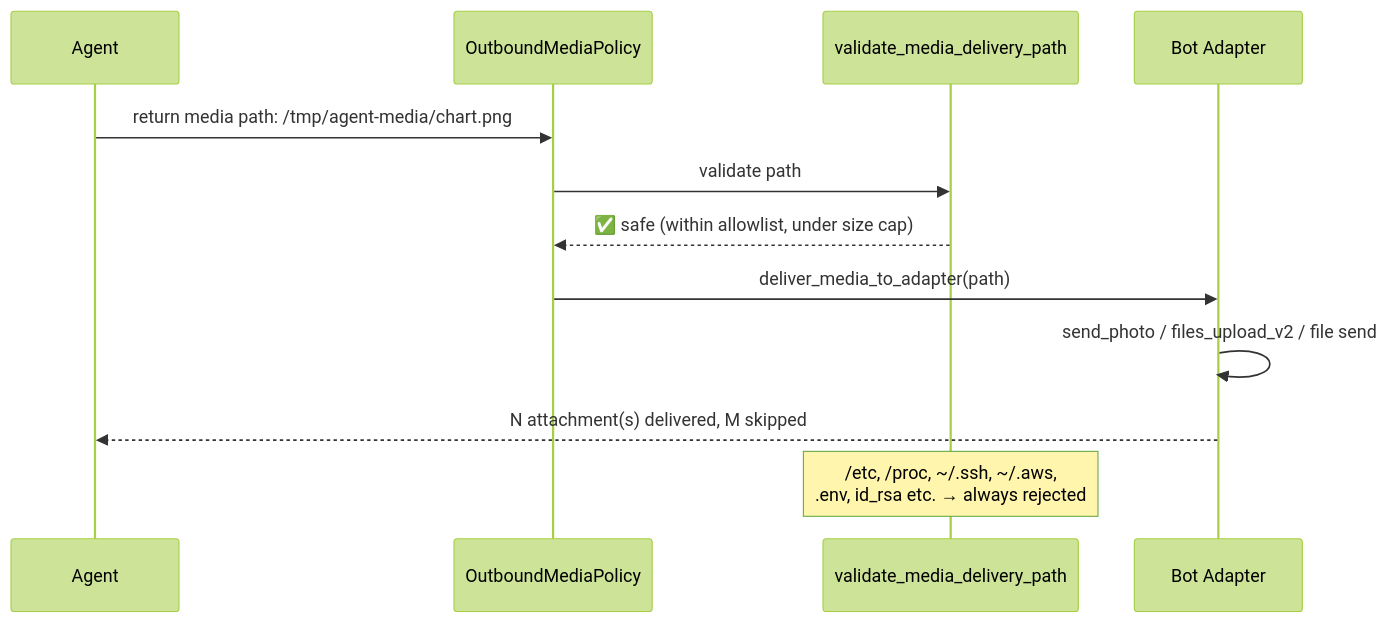
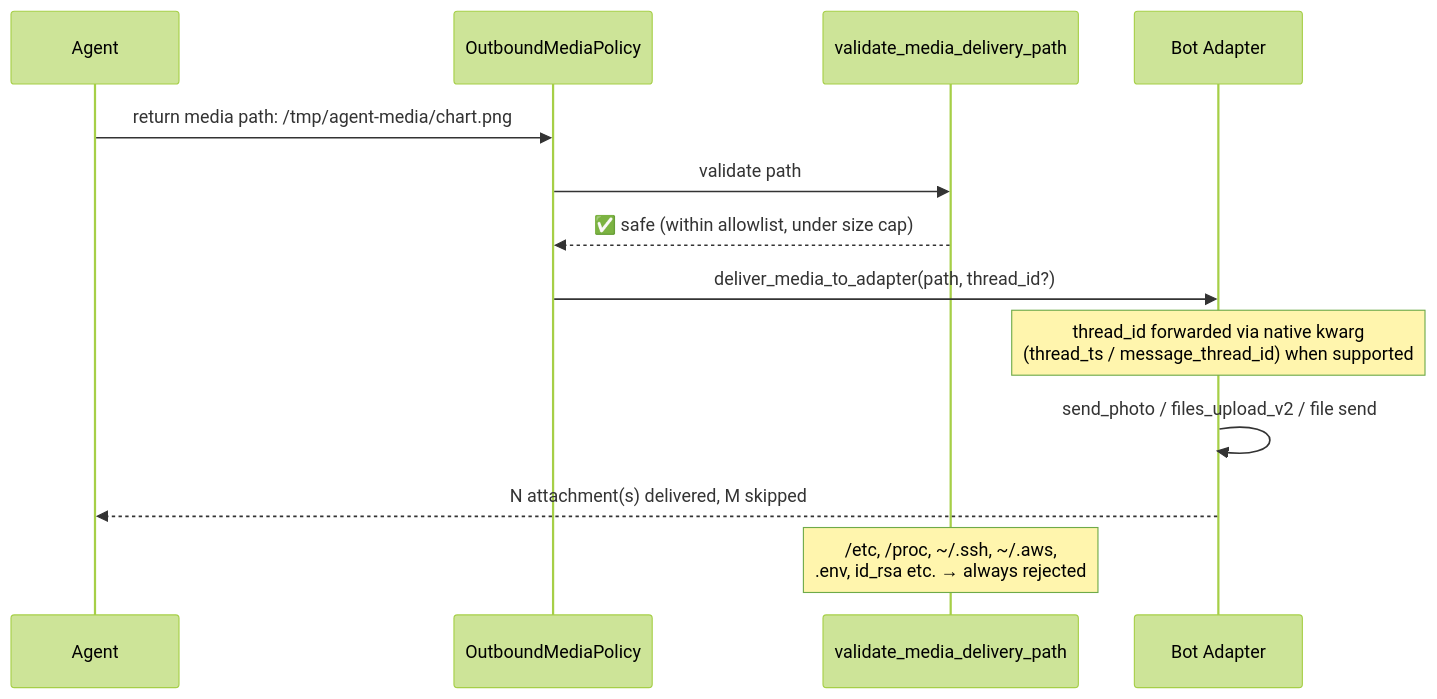
One commit to MervinPraison/PraisonAIDocs changed the second of 3 diagrams in docs/features/outbound-media-delivery.mdx. Above: the diagram before and after it, drawn with Mermaid (forest theme). The commit also changed other lines of this file and 2 other files, not shown here.

First line of the commit message:
docs: document outbound media thread parity (fixes #2119)

````diff
--- a/docs/features/outbound-media-delivery.mdx
+++ b/docs/features/outbound-media-delivery.mdx
@@ -102,16 +109,17 @@
 ```mermaid
 sequenceDiagram
     participant A as Agent
     participant DM as OutboundMediaPolicy
     participant PG as validate_media_delivery_path
     participant ADP as Bot Adapter
 
     A->>DM: return media path: /tmp/agent-media/chart.png
     DM->>PG: validate path
     PG-->>DM: ✅ safe (within allowlist, under size cap)
-    DM->>ADP: deliver_media_to_adapter(path)
+    DM->>ADP: deliver_media_to_adapter(path, thread_id?)
+    Note over ADP: thread_id forwarded via native kwarg<br/>(thread_ts / message_thread_id) when supported
     ADP->>ADP: send_photo / files_upload_v2 / file send
     ADP-->>A: N attachment(s) delivered, M skipped
 
     Note over PG: /etc, /proc, ~/.ssh, ~/.aws,<br/>.env, id_rsa etc. → always rejected
 ```
````
